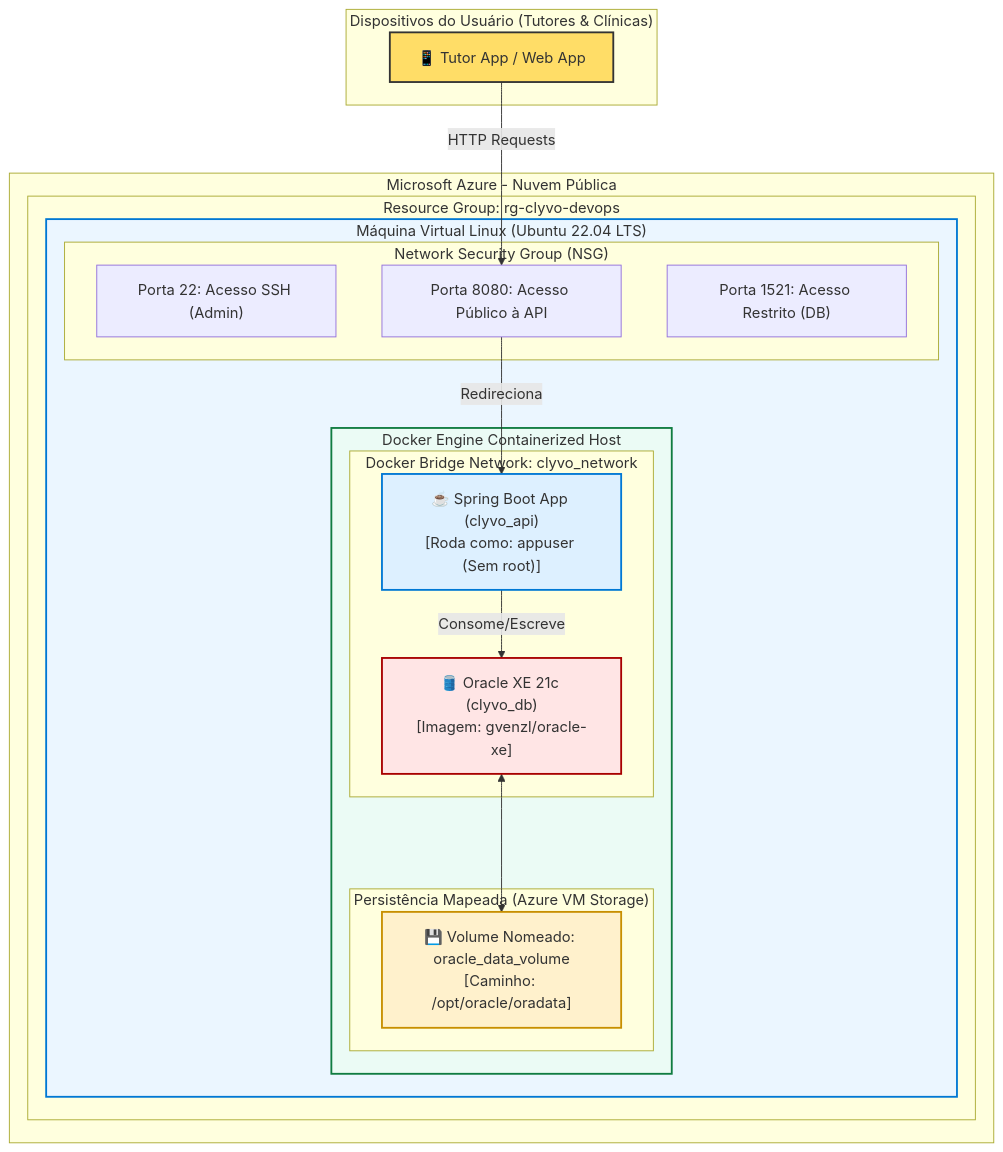
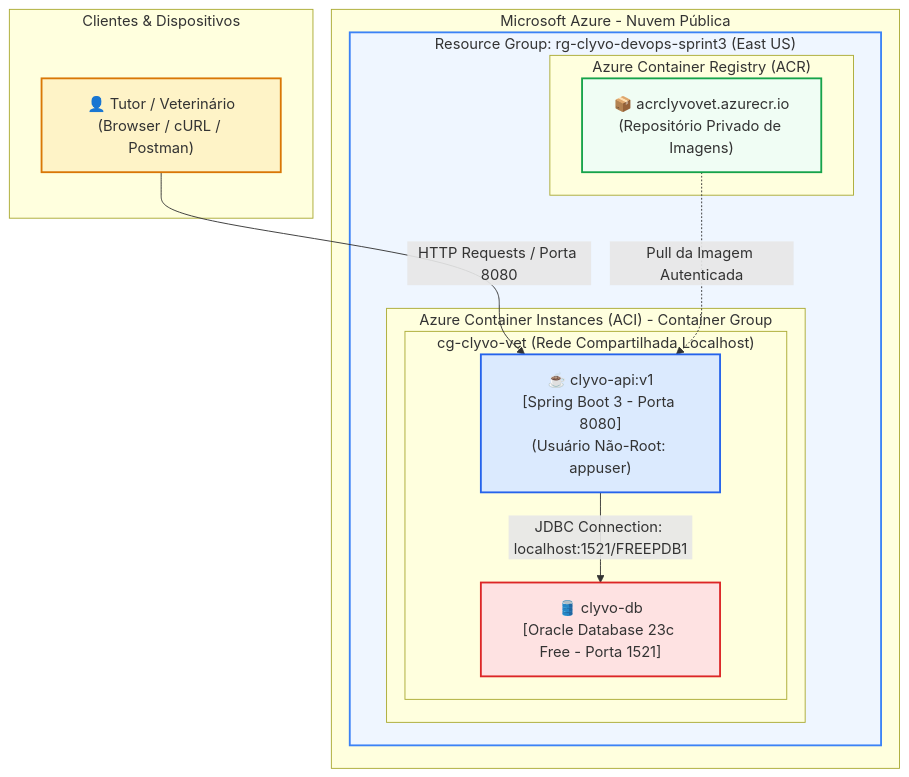
Before and after one commit to Gabriel-Maciel06/ChDevops: the diagram in README.md, drawn with Mermaid. The commit also changed other lines of this file and 8 other files, not shown here.

Commit message:
feat(devops): estruturacao completa da Sprint 3 (Opcao 1: ACR + ACI) com DDL, scripts Azure CLI e roteiro

````diff
--- a/README.md
+++ b/README.md
@@ -35,42 +42,33 @@
 ```mermaid
 graph TD
-    subgraph Cliente["Dispositivos do Usuário (Tutores & Clínicas)"]
-        User["📱 Tutor App / Web App"]
+    subgraph Internet["Clientes & Dispositivos"]
+        User["👤 Tutor / Veterinário\n(Browser / cURL / Postman)"]
     end
 
-    subgraph AzureCloud["Microsoft Azure - Nuvem Pública"]
-        subgraph RG["Resource Group: rg-clyvo-devops"]
-            subgraph VM["Máquina Virtual Linux (Ubuntu 22.04 LTS)"]
-                subgraph NSG["Network Security Group (NSG)"]
-                    Port22["Porta 22: Acesso SSH (Admin)"]
-                    Port8080["Porta 8080: Acesso Público à API"]
-                    Port1521["Porta 1521: Acesso Restrito (DB)"]
-                end
-
-                subgraph DockerEngine["Docker Engine Containerized Host"]
-                    subgraph Network["Docker Bridge Network: clyvo_network"]
-                        API["☕ Spring Boot App (clyvo_api)\n[Roda como: appuser (Sem root)]"]
-                        DB["🛢️ Oracle XE 21c (clyvo_db)\n[Imagem: gvenzl/oracle-xe]"]
-                    end
-                    
-                    subgraph Storage["Persistência Mapeada (Azure VM Storage)"]
-                        Vol["💾 Volume Nomeado: oracle_data_volume\n[Caminho: /opt/oracle/oradata]"]
-                    end
+    subgraph Azure["Microsoft Azure - Nuvem Pública"]
+        subgraph RG["Resource Group: rg-clyvo-devops-sprint3 (East US)"]
+            
+            subgraph ACR_Section["Azure Container Registry (ACR)"]
+                ACR["📦 acrclyvovet.azurecr.io\n(Repositório Privado de Imagens)"]
+            end
+            
+            subgraph ACI_Section["Azure Container Instances (ACI) - Container Group"]
+                subgraph ContainerGroup["cg-clyvo-vet (Rede Compartilhada Localhost)"]
+                    App["☕ clyvo-api:v1\n[Spring Boot 3 - Porta 8080]\n(Usuário Não-Root: appuser)"]
+                    DB["🛢️ clyvo-db\n[Oracle Database 23c Free - Porta 1521]"]
                 end
             end
         end
     end
 
-    %% Relações e Fluxos
-    User -->|HTTP Requests| Port8080
-    Port8080 -->|Redireciona| API
-    API -->|Consome/Escreve| DB
-    DB <---> Vol
-    
-    style User fill:#FFDD67,stroke:#333,stroke-width:2px
-    style VM fill:#EBF6FF,stroke:#0078D4,stroke-width:2px
-    style DockerEngine fill:#EBFBF5,stroke:#107C41,stroke-width:2px
-    style API fill:#DDF0FF,stroke:#0078D4,stroke-width:2px
-    style DB fill:#FFE5E5,stroke:#A80000,stroke-width:2px
-    style Vol fill:#FFF1CC,stroke:#C88F00,stroke-width:2px
+    %% Fluxos de Conexão
+    User -->|HTTP Requests / Porta 8080| App
+    ACR -.->|Pull da Imagem Autenticada| App
+    App -->|JDBC Connection: localhost:1521/FREEPDB1| DB
+
+    style User fill:#FEF3C7,stroke:#D97706,stroke-width:2px
+    style RG fill:#EFF6FF,stroke:#3B82F6,stroke-width:2px
+    style ACR fill:#F0FDF4,stroke:#16A34A,stroke-width:2px
+    style App fill:#DBEAFE,stroke:#2563EB,stroke-width:2px
+    style DB fill:#FEE2E2,stroke:#DC2626,stroke-width:2px
 ```
````
